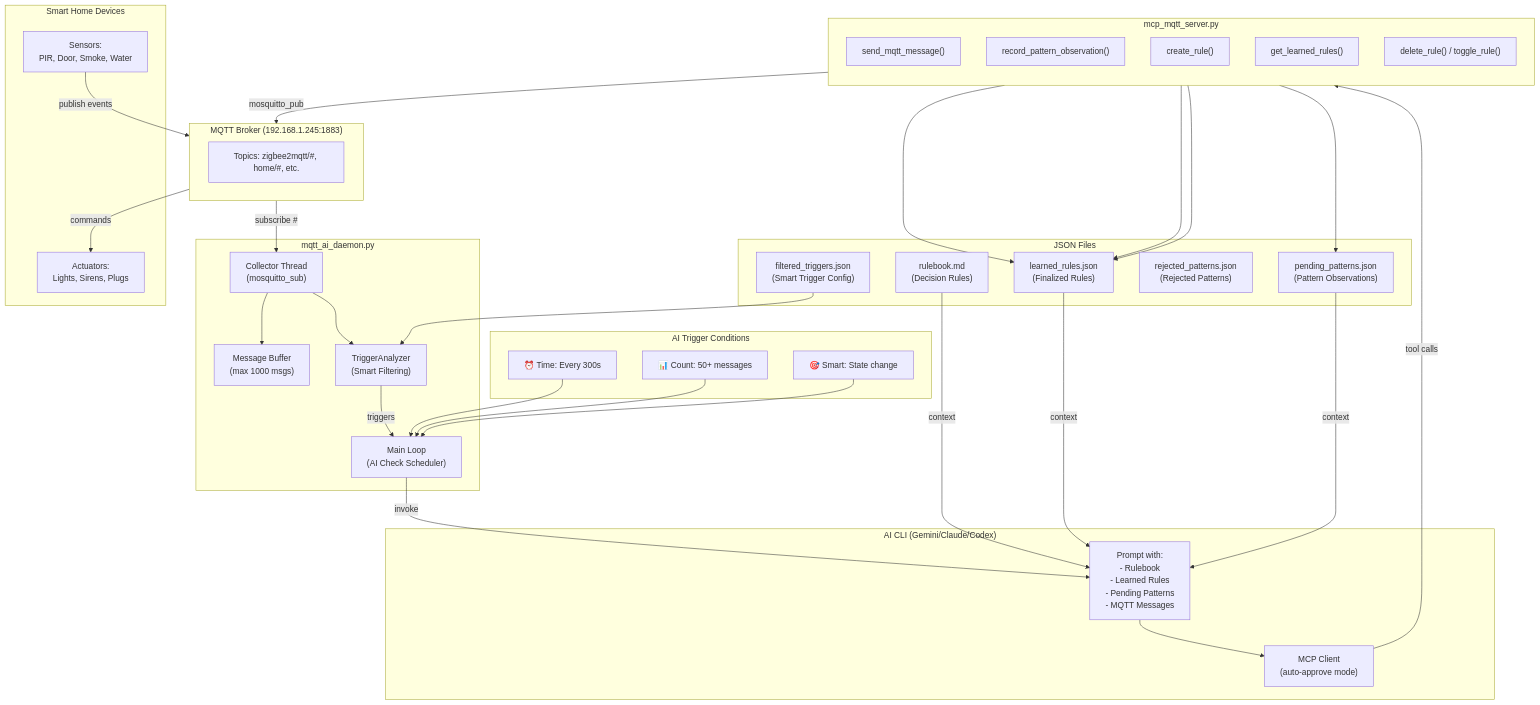
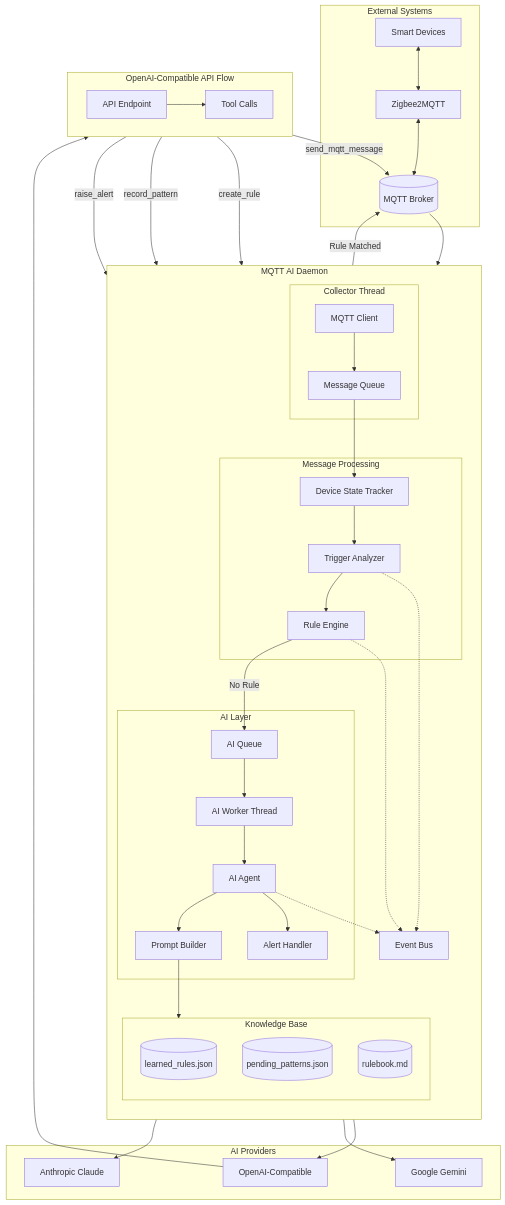
The first of 5 diagrams in README.md (mvklingeren/mqtt2ai), drawn with Mermaid before and after one commit. The commit also changed other lines of this file, not shown here.

````diff
--- a/README.md
+++ b/README.md
@@ -28,74 +27,84 @@
 ```mermaid
 flowchart TB
-    subgraph MQTT["MQTT Broker (192.168.1.245:1883)"]
-        Topics["Topics: zigbee2mqtt/#, home/#, etc."]
+    subgraph External["External Systems"]
+        MQTT[("MQTT Broker")]
+        Z2M["Zigbee2MQTT"]
+        Devices["Smart Devices"]
     end
 
-    subgraph Daemon["mqtt_ai_daemon.py"]
-        Collector["Collector Thread<br/>(mosquitto_sub)"]
-        MessageDeque["Message Buffer<br/>(max 1000 msgs)"]
-        TriggerAnalyzer["TriggerAnalyzer<br/>(Smart Filtering)"]
-        AILoop["Main Loop<br/>(AI Check Scheduler)"]
+    subgraph Daemon["MQTT AI Daemon"]
+        direction TB
+
+        subgraph Collector["Collector Thread"]
+            MQTTClient["MQTT Client"]
+            MsgQueue["Message Queue"]
+        end
+
+        subgraph Processing["Message Processing"]
+            DeviceTracker["Device State Tracker"]
+            TriggerAnalyzer["Trigger Analyzer"]
+            RuleEngine["Rule Engine"]
+        end
+
+        subgraph AILayer["AI Layer"]
+            AIQueue["AI Queue"]
+            AIWorker["AI Worker Thread"]
+            AIAgent["AI Agent"]
+            PromptBuilder["Prompt Builder"]
+            AlertHandler["Alert Handler"]
+        end
+
+        subgraph Knowledge["Knowledge Base"]
+            LearnedRules[("learned_rules.json")]
+            PendingPatterns[("pending_patterns.json")]
+            Rulebook[("rulebook.md")]
+        end
+
+        EventBus["Event Bus"]
     end
 
-    subgraph Triggers["AI Trigger Conditions"]
-        T1["⏰ Time: Every 300s"]
-        T2["📊 Count: 50+ messages"]
-        T3["🎯 Smart: State change"]
+    subgraph AIProviders["AI Providers"]
+        OpenAI["OpenAI-Compatible"]
+        Gemini["Google Gemini"]
+        Claude["Anthropic Claude"]
     end
 
-    subgraph AI["AI CLI (Gemini/Claude/Codex)"]
-        Prompt["Prompt with:<br/>- Rulebook<br/>- Learned Rules<br/>- Pending Patterns<br/>- MQTT Messages"]
-        MCPClient["MCP Client<br/>(auto-approve mode)"]
+    subgraph OpenAIAPI["OpenAI-Compatible API Flow"]
+        direction LR
+        APIEndpoint["API Endpoint"]
+        ToolCalls["Tool Calls"]
     end
 
-    subgraph MCPServer["mcp_mqtt_server.py"]
-        direction TB
-        Tool1["send_mqtt_message()"]
-        Tool2["record_pattern_observation()"]
-        Tool3["create_rule()"]
-        Tool4["get_learned_rules()"]
-        Tool5["delete_rule() / toggle_rule()"]
-    end
+    Devices <--> Z2M
+    Z2M <--> MQTT
 
-    subgraph Storage["JSON Files"]
-        RulebookMD["rulebook.md<br/>(Decision Rules)"]
-        LearnedRules["learned_rules.json<br/>(Finalized Rules)"]
-        PendingPatterns["pending_patterns.json<br/>(Pattern Observations)"]
-        RejectedPatterns["rejected_patterns.json<br/>(Rejected Patterns)"]
-        FilteredTriggers["filtered_triggers.json<br/>(Smart Trigger Config)"]
-    end
+    MQTT --> MQTTClient
+    MQTTClient --> MsgQueue
+    MsgQueue --> DeviceTracker
+    DeviceTracker --> TriggerAnalyzer
+    TriggerAnalyzer --> RuleEngine
 
-    subgraph Devices["Smart Home Devices"]
-        Sensors["Sensors:<br/>PIR, Door, Smoke, Water"]
-        Actuators["Actuators:<br/>Lights, Sirens, Plugs"]
-    end
+    RuleEngine -->|"Rule Matched"| MQTT
+    RuleEngine -->|"No Rule"| AIQueue
 
-    %% Data Flow
-    Sensors -->|"publish events"| MQTT
-    MQTT -->|"subscribe #"| Collector
-    Collector --> MessageDeque
-    Collector --> TriggerAnalyzer
-    TriggerAnalyzer -->|"triggers"| AILoop
-    
-    T1 --> AILoop
-    T2 --> AILoop
-    T3 --> AILoop
+    AIQueue --> AIWorker
+    AIWorker --> AIAgent
+    AIAgent --> PromptBuilder
+    PromptBuilder --> Knowledge
+    AIAgent --> AlertHandler
 
-    AILoop -->|"invoke"| Prompt
-    RulebookMD -->|"context"| Prompt
-    LearnedRules -->|"context"| Prompt
-    PendingPatterns -->|"context"| Prompt
-    
-    Prompt --> MCPClient
-    MCPClient -->|"tool calls"| MCPServer
-    
-    Tool1 -->|"mosquitto_pub"| MQTT
-    Tool2 --> PendingPatterns
-    Tool3 --> LearnedRules
-    Tool4 --> LearnedRules
-    Tool5 --> LearnedRules
+    AIAgent --> OpenAI
+    AIAgent --> Gemini
+    AIAgent --> Claude
 
-    MQTT -->|"commands"| Actuators
-    FilteredTriggers --> TriggerAnalyzer
+    OpenAI --> APIEndpoint
+    APIEndpoint --> ToolCalls
+    ToolCalls -->|"send_mqtt_message"| MQTT
+    ToolCalls -->|"create_rule"| LearnedRules
+    ToolCalls -->|"record_pattern"| PendingPatterns
+    ToolCalls -->|"raise_alert"| AlertHandler
+
+    RuleEngine -.-> EventBus
+    AIAgent -.-> EventBus
+    TriggerAnalyzer -.-> EventBus
 ```
````
